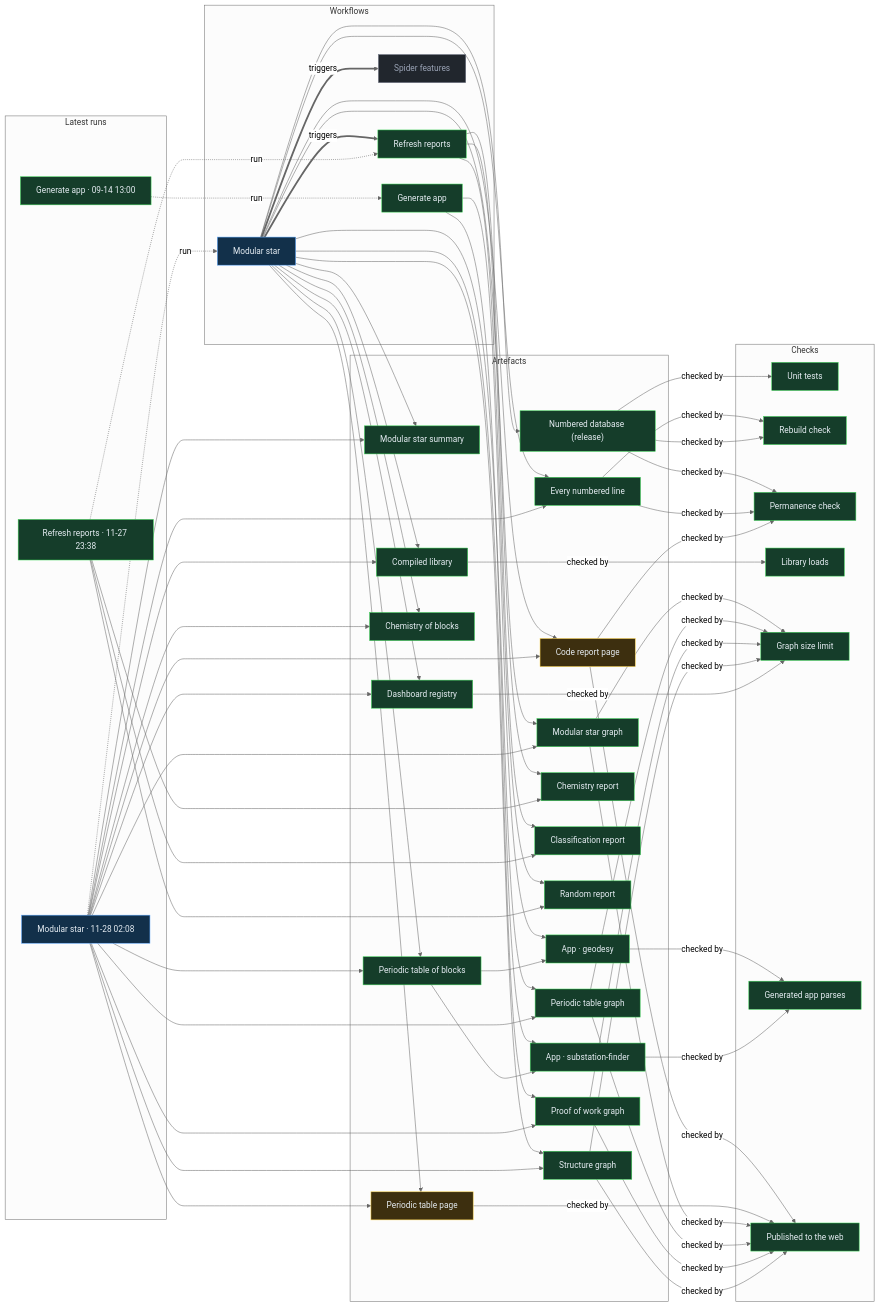
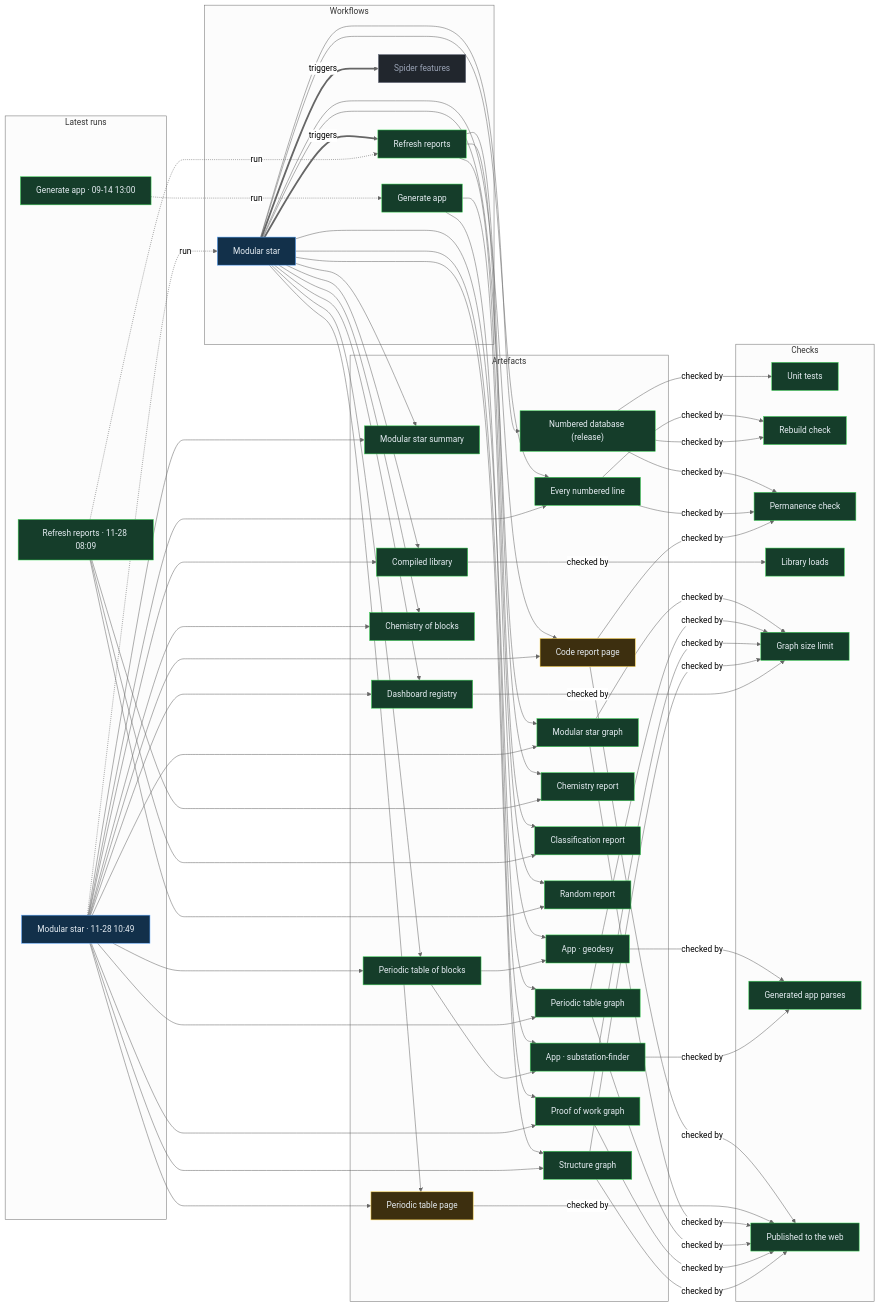
Before and after one commit to Ventusltd/stars: the diagram in proof/PROOF.md, drawn with Mermaid (neutral theme). The commit also changed other lines of this file and 173 other files, not shown here.

Commit message:
Modular star 2026-11-28T10:53Z

```diff
--- a/proof/PROOF.md
+++ b/proof/PROOF.md
@@ -24,8 +24,8 @@
   n_wf_spider_features["Spider features"]:::off
   end
   subgraph g_runs["Latest runs"]
-  n_run_46096576373["Modular star · 11-28 02:08"]:::live
-  n_run_46083588193["Refresh reports · 11-27 23:38"]:::ok
+  n_run_46137002338["Modular star · 11-28 10:49"]:::live
+  n_run_46124480982["Refresh reports · 11-28 08:09"]:::ok
   n_run_34846587798["Generate app · 09-14 13:00"]:::ok
   end
   subgraph g_artefacts["Artefacts"]
@@ -59,39 +59,39 @@
   end
   n_wf_modular_star == triggers ==> n_wf_refresh
   n_wf_modular_star == triggers ==> n_wf_spider_features
-  n_run_46096576373 -. run .-> n_wf_modular_star
-  n_run_46083588193 -. run .-> n_wf_refresh
+  n_run_46137002338 -. run .-> n_wf_modular_star
+  n_run_46124480982 -. run .-> n_wf_refresh
   n_run_34846587798 -. run .-> n_wf_generate
   n_wf_modular_star --> n_art_summary
-  n_run_46096576373 --> n_art_summary
+  n_run_46137002338 --> n_art_summary
   n_wf_modular_star --> n_art_lines
-  n_run_46096576373 --> n_art_lines
+  n_run_46137002338 --> n_art_lines
   n_wf_modular_star --> n_art_code
-  n_run_46096576373 --> n_art_code
+  n_run_46137002338 --> n_art_code
   n_wf_modular_star --> n_art_modular_graph
-  n_run_46096576373 --> n_art_modular_graph
+  n_run_46137002338 --> n_art_modular_graph
   n_wf_modular_star --> n_art_blocks
-  n_run_46096576373 --> n_art_blocks
+  n_run_46137002338 --> n_art_blocks
   n_wf_modular_star --> n_art_table
-  n_run_46096576373 --> n_art_table
+  n_run_46137002338 --> n_art_table
   n_wf_modular_star --> n_art_blocks_graph
-  n_run_46096576373 --> n_art_blocks_graph
+  n_run_46137002338 --> n_art_blocks_graph
   n_wf_modular_star --> n_art_reactions
-  n_run_46096576373 --> n_art_reactions
+  n_run_46137002338 --> n_art_reactions
   n_wf_modular_star --> n_art_library
-  n_run_46096576373 --> n_art_library
+  n_run_46137002338 --> n_art_library
   n_wf_modular_star --> n_art_features
-  n_run_46096576373 --> n_art_features
+  n_run_46137002338 --> n_art_features
   n_wf_modular_star --> n_art_proof
-  n_run_46096576373 --> n_art_proof
+  n_run_46137002338 --> n_art_proof
   n_wf_modular_star --> n_art_structure
-  n_run_46096576373 --> n_art_structure
+  n_run_46137002338 --> n_art_structure
   n_wf_refresh --> n_art_chemistry
-  n_run_46083588193 --> n_art_chemistry
+  n_run_46124480982 --> n_art_chemistry
   n_wf_refresh --> n_art_vedic
-  n_run_46083588193 --> n_art_vedic
+  n_run_46124480982 --> n_art_vedic
   n_wf_refresh --> n_art_random
-  n_run_46083588193 --> n_art_random
+  n_run_46124480982 --> n_art_random
   n_wf_modular_star --> n_art_release
   n_wf_generate --> n_app_geodesy
   n_art_blocks --> n_app_geodesy
```
